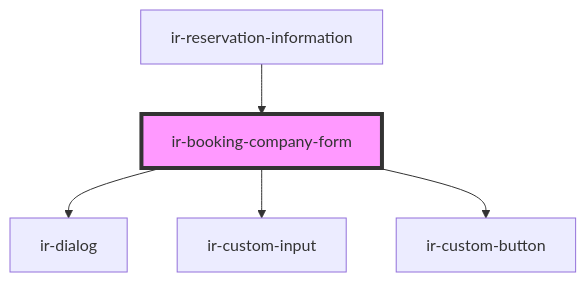
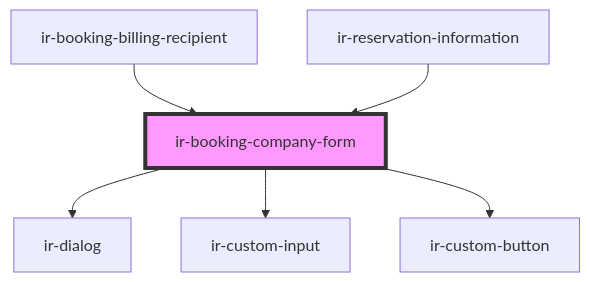
Before and after one commit to RonyRizk/ir-webcmp: the diagram in src/components/ir-booking-details/ir-booking-company-form/readme.md, drawn with Mermaid. The commit also changed other lines of this file and 59 other files, not shown here.

````diff
--- a/src/components/ir-booking-details/ir-booking-company-form/readme.md
+++ b/src/components/ir-booking-details/ir-booking-company-form/readme.md
@@ -48,8 +50,9 @@
 ```mermaid
 graph TD;
   ir-booking-company-form --> ir-dialog
   ir-booking-company-form --> ir-custom-input
   ir-booking-company-form --> ir-custom-button
+  ir-booking-billing-recipient --> ir-booking-company-form
   ir-reservation-information --> ir-booking-company-form
   style ir-booking-company-form fill:#f9f,stroke:#333,stroke-width:4px
 ```
````
